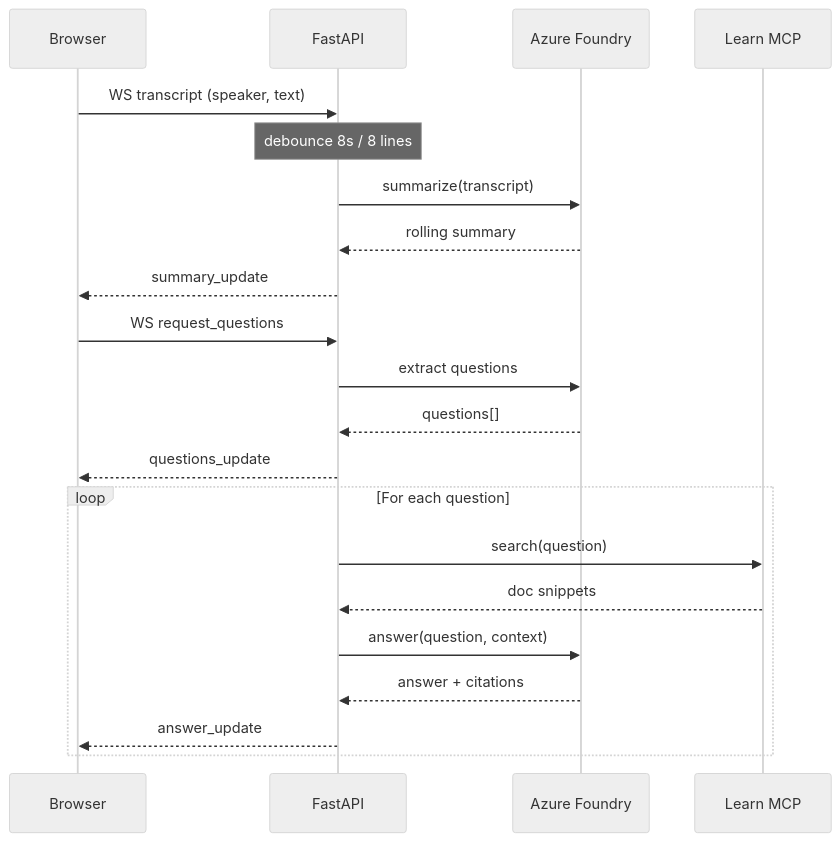
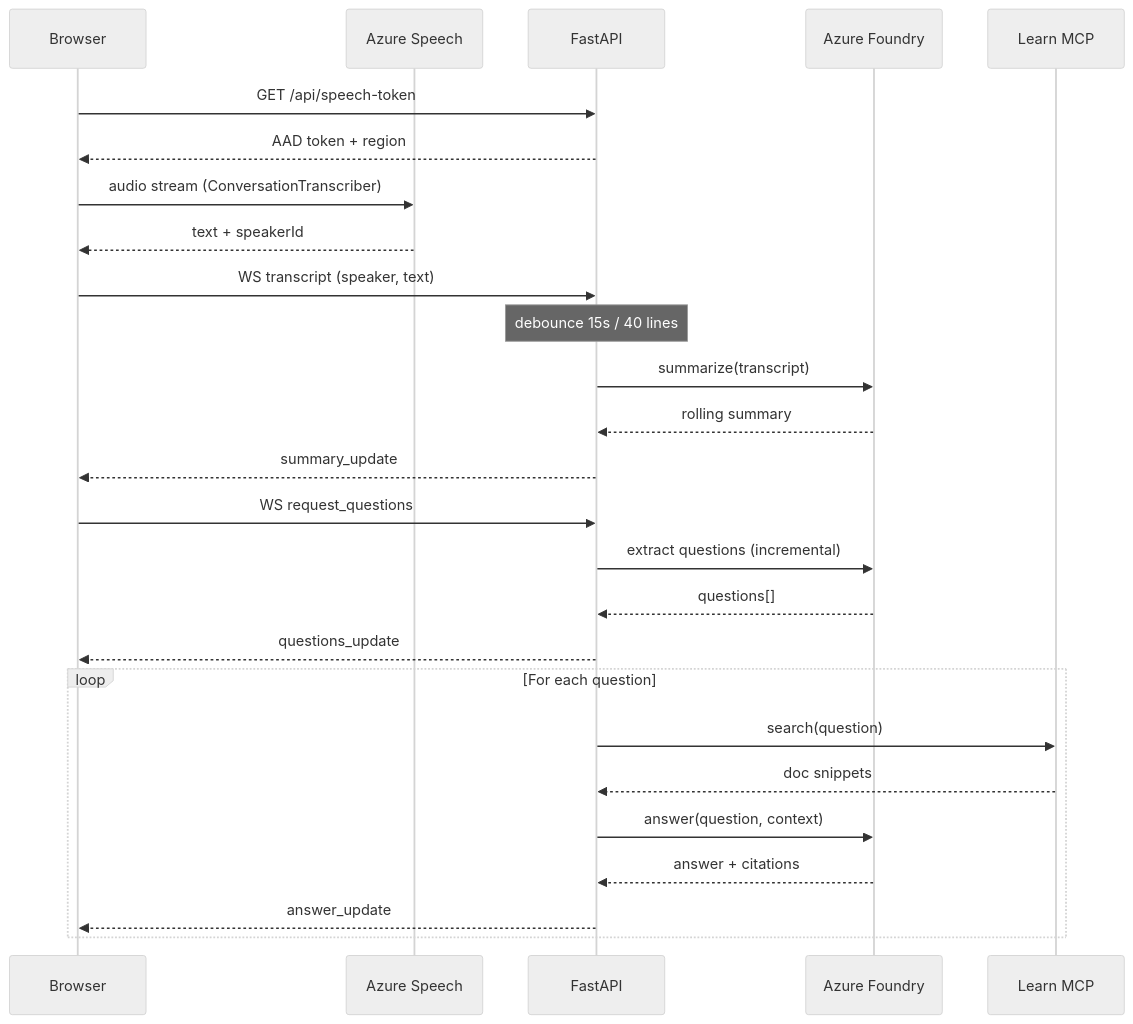
Before and after one commit to lijunliu-gh/realtime-qa-app: the second of 2 diagrams in README.md, drawn with Mermaid (neutral theme). The commit also changed other lines of this file, not shown here.

Commit message:
docs: update architecture diagrams to reflect Speech SDK + diarization + tuned thresholds

````diff
--- a/README.md
+++ b/README.md
@@ -55,26 +61,33 @@
 ```mermaid
 sequenceDiagram
     participant B as Browser
+    participant S as Azure Speech
     participant F as FastAPI
     participant G as Azure Foundry
     participant M as Learn MCP
 
+    B->>F: GET /api/speech-token
+    F-->>B: AAD token + region
+
+    B->>S: audio stream (ConversationTranscriber)
+    S-->>B: text + speakerId
+
     B->>F: WS transcript (speaker, text)
-    Note over F: debounce 8s / 8 lines
+    Note over F: debounce 15s / 40 lines
     F->>G: summarize(transcript)
     G-->>F: rolling summary
     F-->>B: summary_update
 
     B->>F: WS request_questions
-    F->>G: extract questions
+    F->>G: extract questions (incremental)
     G-->>F: questions[]
     F-->>B: questions_update
 
     loop For each question
         F->>M: search(question)
         M-->>F: doc snippets
         F->>G: answer(question, context)
         G-->>F: answer + citations
         F-->>B: answer_update
     end
 ```
````
